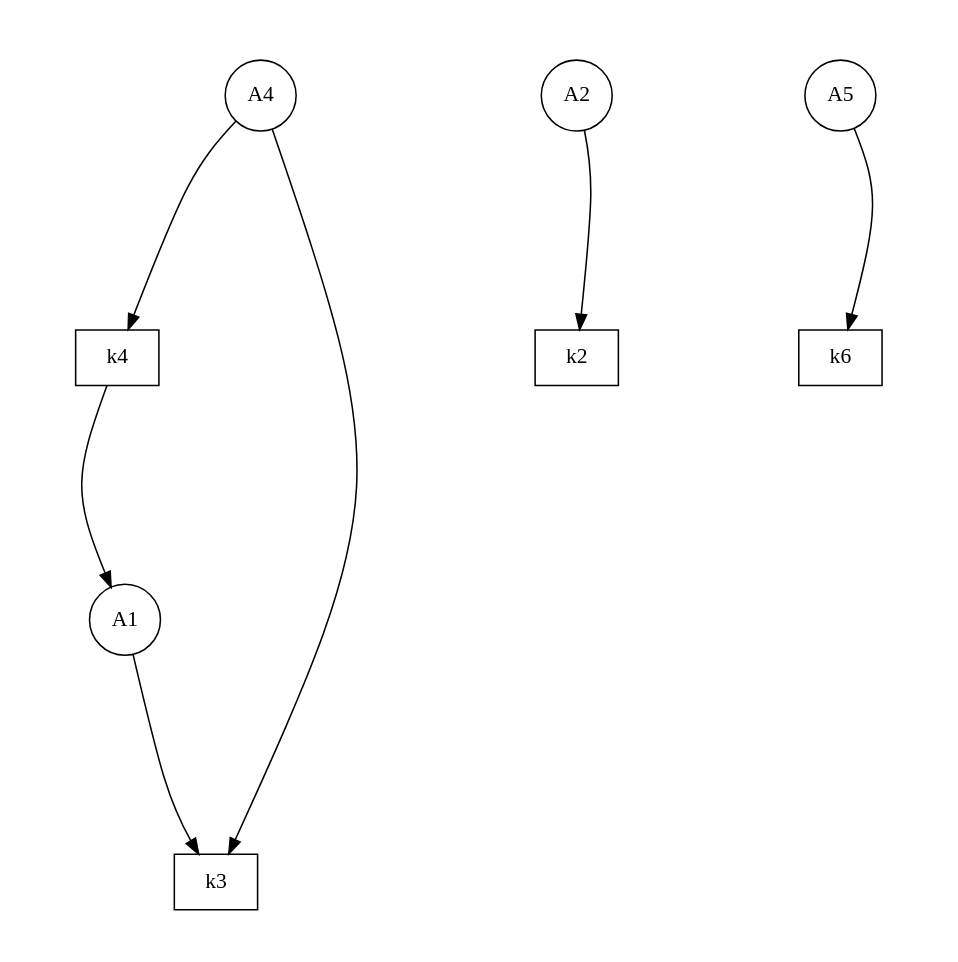
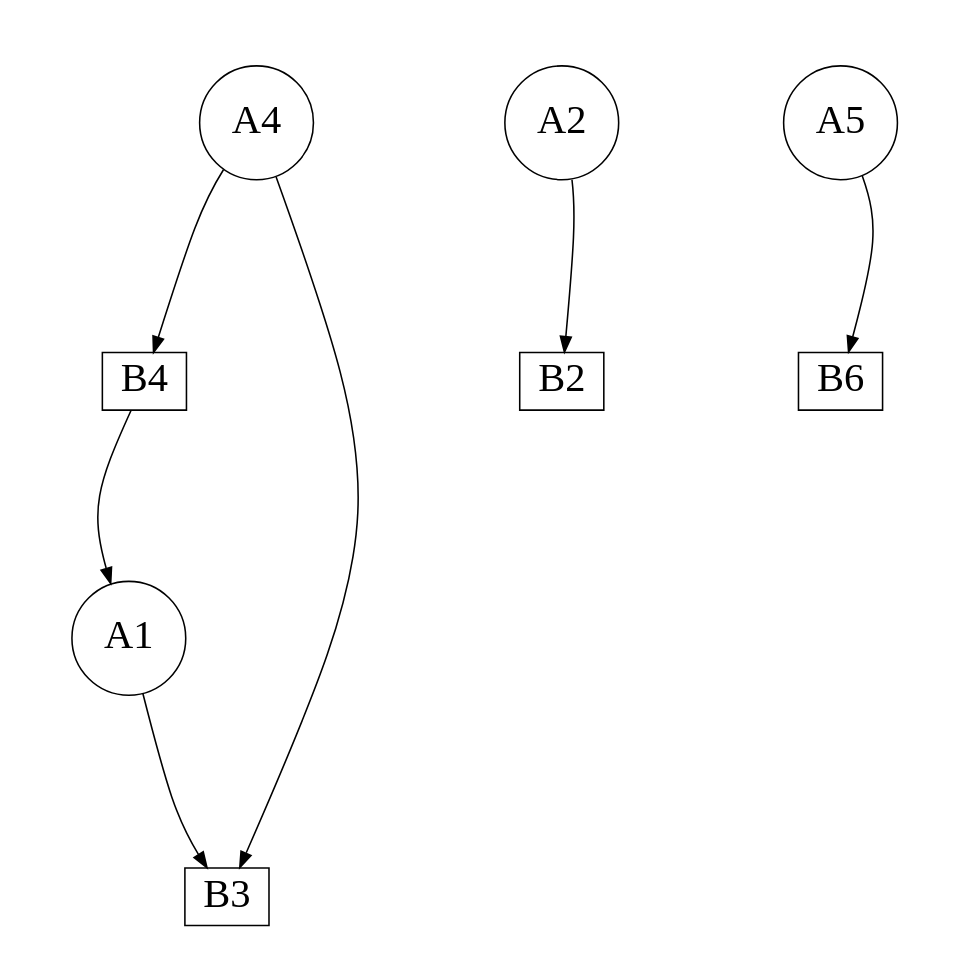
Before and after one commit to gratelpy/gratelpy-supplementary-information: the diagram in glycolysis_gluconeogenesis_switch/order_4/glycolysis_mechanism_order_4_frag_4_sg_2.dot, drawn with Graphviz. The commit also changed 618 other files, not shown here.

```diff
--- a/glycolysis_gluconeogenesis_switch/order_4/glycolysis_mechanism_order_4_frag_4_sg_2.dot
+++ b/glycolysis_gluconeogenesis_switch/order_4/glycolysis_mechanism_order_4_frag_4_sg_2.dot
@@ -1,22 +1,21 @@
 strict digraph G {
 remincross="true";
 ratio="fill";
 splines="curved";
 overlap="true";
-fontsize="26";
 size="8.3,8.3";
-A4 [shape="circle", pos="160.0,280.0!"];
-A1 [shape="circle", pos="236.0,200.0!"];
-A2 [shape="circle", pos="320.0,280.0!"];
-A5 [shape="circle", pos="160.0,120.0!"];
-k6 [shape="box", pos="120.0,200.0!"];
-k4 [shape="box", pos="200.0,240.0!"];
-k3 [shape="box", pos="280.0,240.0!"];
-k2 [shape="box", pos="360.0,240.0!"];
-A5 -> k6;
-k4 -> A1;
-A1 -> k3;
-A2 -> k2;
-A4 -> k4;
-k3 -> A4;
+A4 [shape="circle", fontsize=26, pos="160.0,280.0!"];
+A1 [shape="circle", fontsize=26, pos="236.0,200.0!"];
+A2 [shape="circle", fontsize=26, pos="320.0,280.0!"];
+A5 [shape="circle", fontsize=26, pos="160.0,120.0!"];
+B6 [shape="box", fontsize=26, pos="120.0,200.0!"];
+B4 [shape="box", fontsize=26, pos="200.0,240.0!"];
+B3 [shape="box", fontsize=26, pos="280.0,240.0!"];
+B2 [shape="box", fontsize=26, pos="360.0,240.0!"];
+A5 -> B6;
+B4 -> A1;
+A1 -> B3;
+A2 -> B2;
+A4 -> B4;
+B3 -> A4;
 }
```
